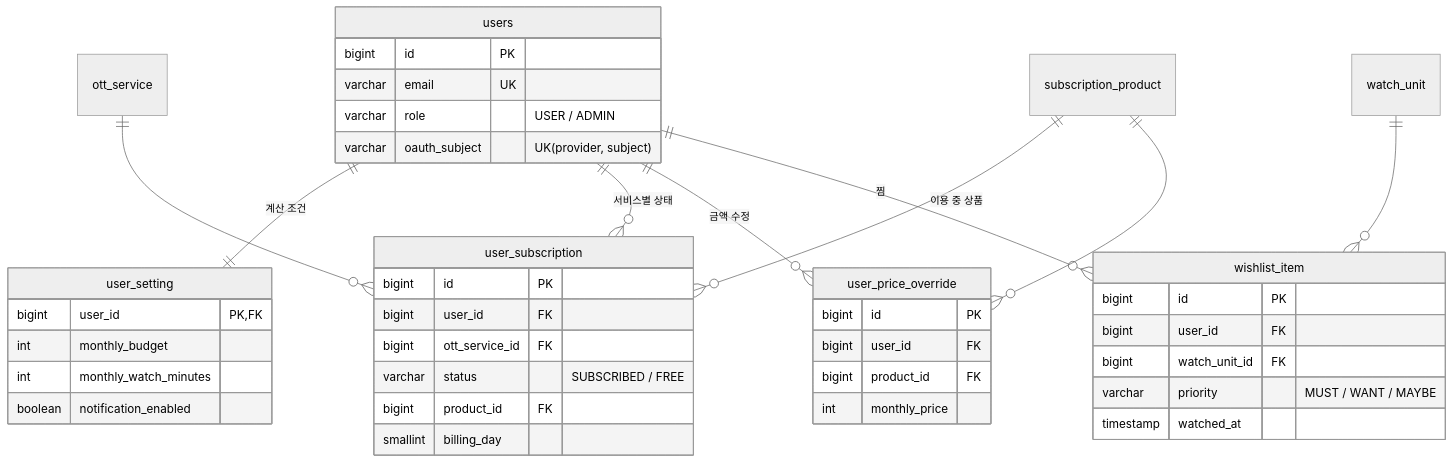
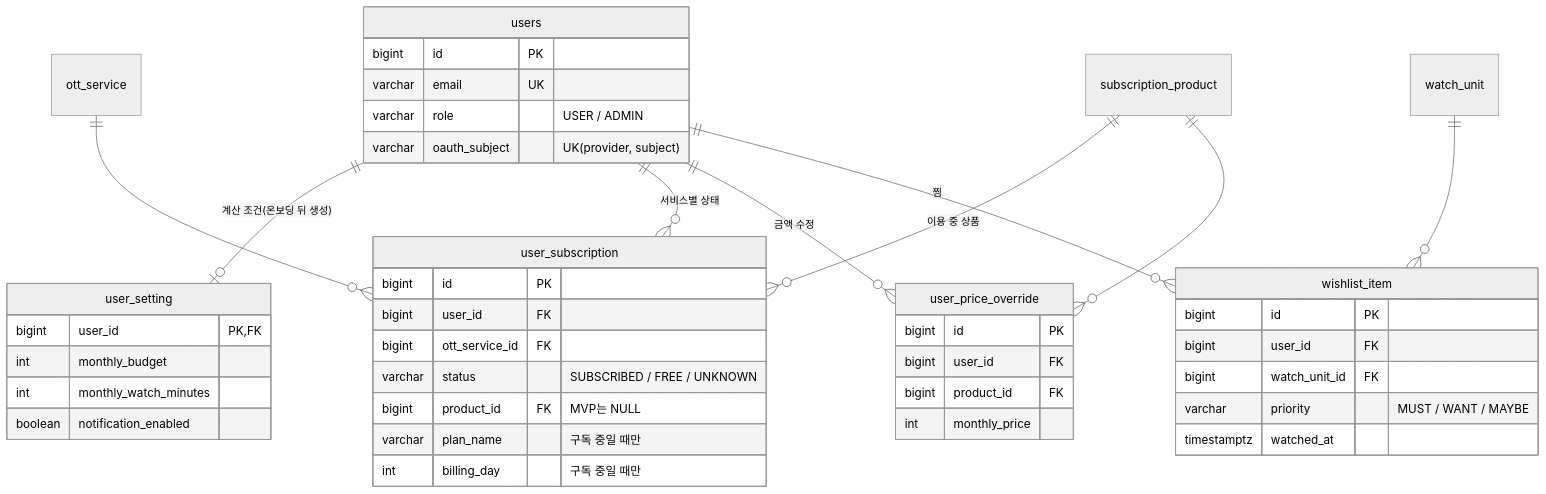
Before and after one commit to msw-Hub/ottnavi: the fourth of 5 diagrams in docs/ERD.md, drawn with Mermaid (neutral theme). The commit also changed other lines of this file and 2 other files, not shown here.

First line of the commit message:
docs: Task 032 ERD v0.4 보정과 작업 안내서 추가

````diff
--- a/docs/ERD.md
+++ b/docs/ERD.md
@@ -244,44 +248,45 @@
 ```mermaid
 erDiagram
-  users ||--|| user_setting : "계산 조건"
+  users ||--o| user_setting : "계산 조건(온보딩 뒤 생성)"
   users ||--o{ user_subscription : "서비스별 상태"
   users ||--o{ user_price_override : "금액 수정"
   users ||--o{ wishlist_item : "찜"
   ott_service ||--o{ user_subscription : ""
   subscription_product ||--o{ user_subscription : "이용 중 상품"
   subscription_product ||--o{ user_price_override : ""
   watch_unit ||--o{ wishlist_item : ""
   users {
     bigint id PK
     varchar email UK
     varchar role "USER / ADMIN"
     varchar oauth_subject "UK(provider, subject)"
   }
   user_setting {
     bigint user_id PK, FK
     int monthly_budget
     int monthly_watch_minutes
     boolean notification_enabled
   }
   user_subscription {
     bigint id PK
     bigint user_id FK
     bigint ott_service_id FK
-    varchar status "SUBSCRIBED / FREE"
-    bigint product_id FK
-    smallint billing_day
+    varchar status "SUBSCRIBED / FREE / UNKNOWN"
+    bigint product_id FK "MVP는 NULL"
+    varchar plan_name "구독 중일 때만"
+    int billing_day "구독 중일 때만"
   }
   user_price_override {
     bigint id PK
     bigint user_id FK
     bigint product_id FK
     int monthly_price
   }
   wishlist_item {
     bigint id PK
     bigint user_id FK
     bigint watch_unit_id FK
     varchar priority "MUST / WANT / MAYBE"
-    timestamp watched_at
+    timestamptz watched_at
   }
 ```
````
